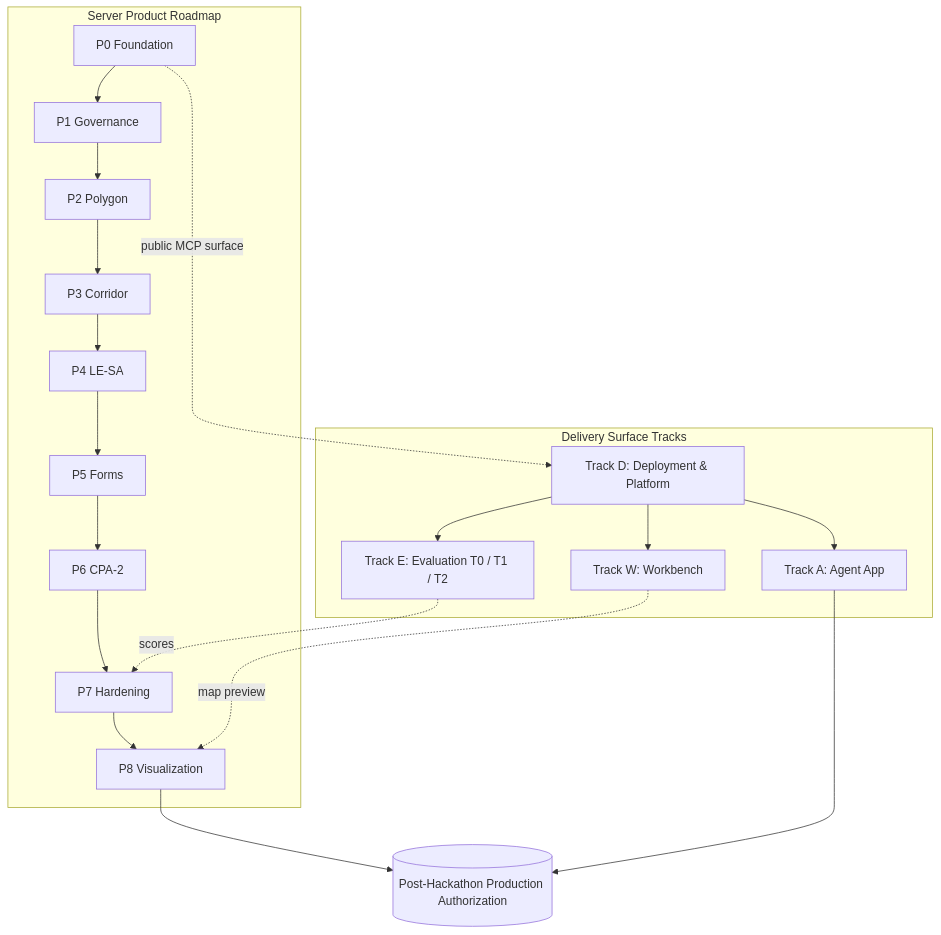
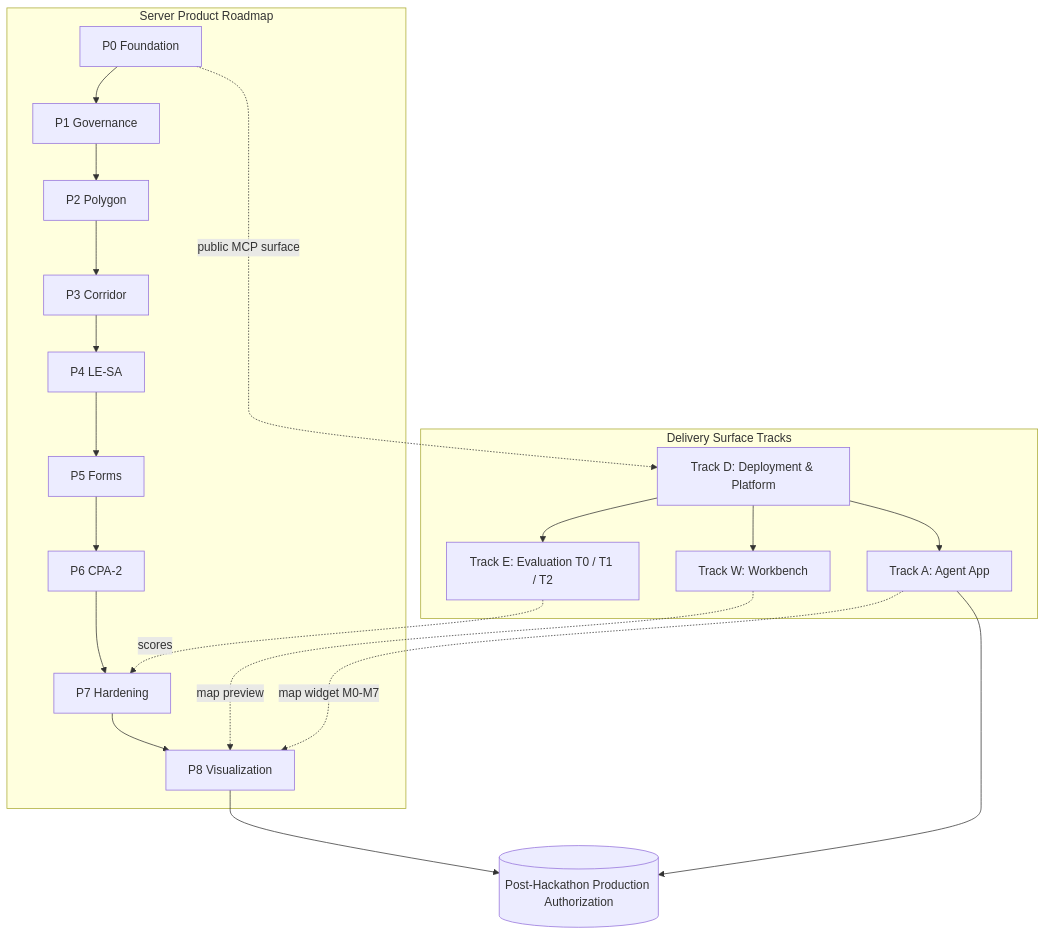
The diagram in planning/RESEARCH_EVAL_AGENT_WORKBENCH_TRACKS.md (AndrewBrown-USDA/fpac-soil-mcp), drawn with Mermaid before and after one commit. The commit also changed other lines of this file, not shown here.

First line of the commit message:
docs(planning): fold agent-app map widget into delivery tracks

````diff
--- a/planning/RESEARCH_EVAL_AGENT_WORKBENCH_TRACKS.md
+++ b/planning/RESEARCH_EVAL_AGENT_WORKBENCH_TRACKS.md
@@ -102,20 +105,21 @@
 ```mermaid
 flowchart TD
     subgraph Server ["Server Product Roadmap"]
         P0[P0 Foundation] --> P1[P1 Governance] --> P2[P2 Polygon] --> P3[P3 Corridor] --> P4[P4 LE-SA] --> P5[P5 Forms] --> P6[P6 CPA-2] --> P7[P7 Hardening] --> P8[P8 Visualization]
     end
     subgraph Tracks ["Delivery Surface Tracks"]
         D[Track D: Deployment & Platform]
         E[Track E: Evaluation T0 / T1 / T2]
         A[Track A: Agent App]
         W[Track W: Workbench]
     end
     P0 -.public MCP surface.-> D
     D --> A
     D --> E
     D --> W
     E -.scores.-> P7
     W -.map preview.-> P8
+    A -.map widget M0-M7.-> P8
     P8 --> PROD[(Post-Hackathon Production Authorization)]
     A --> PROD
 ```
````
